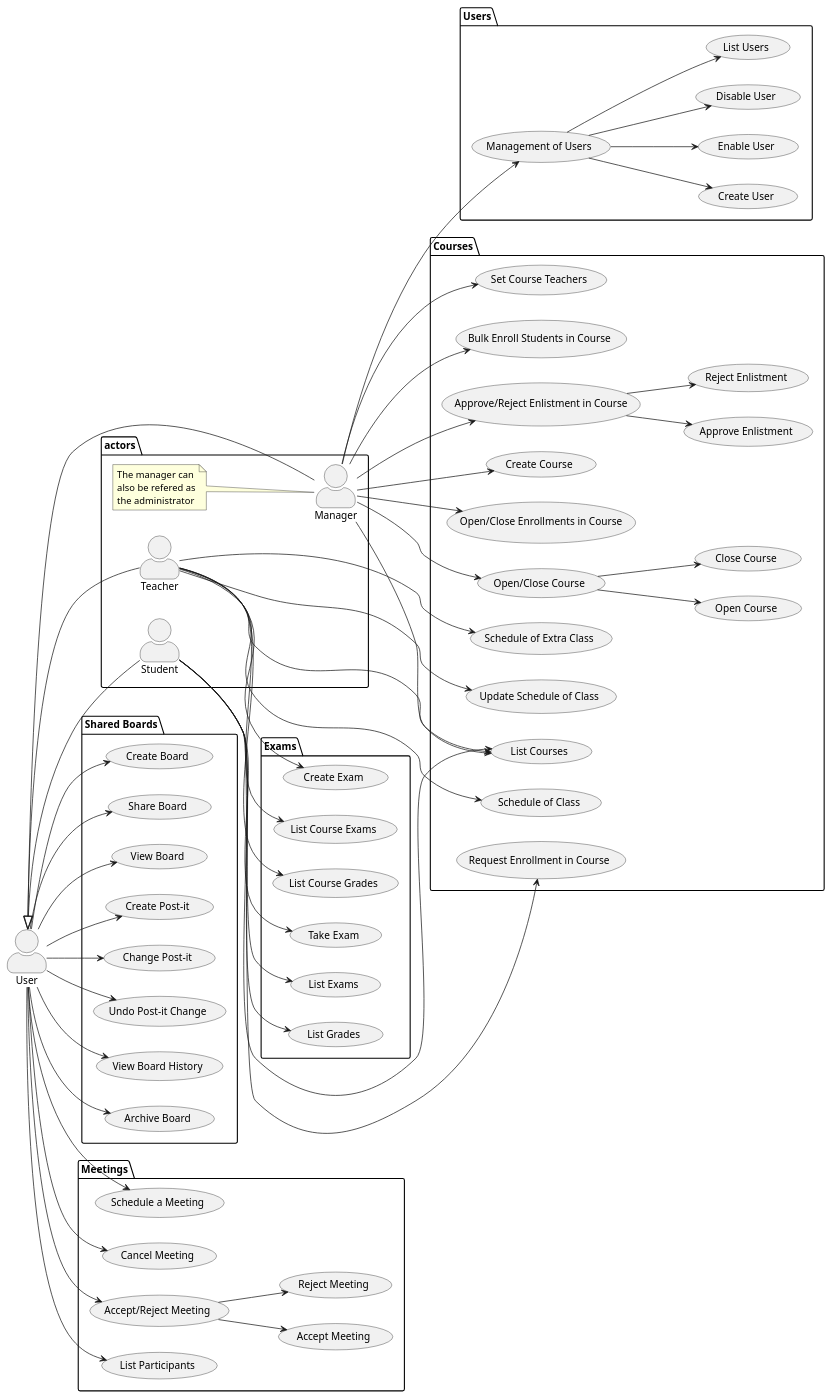
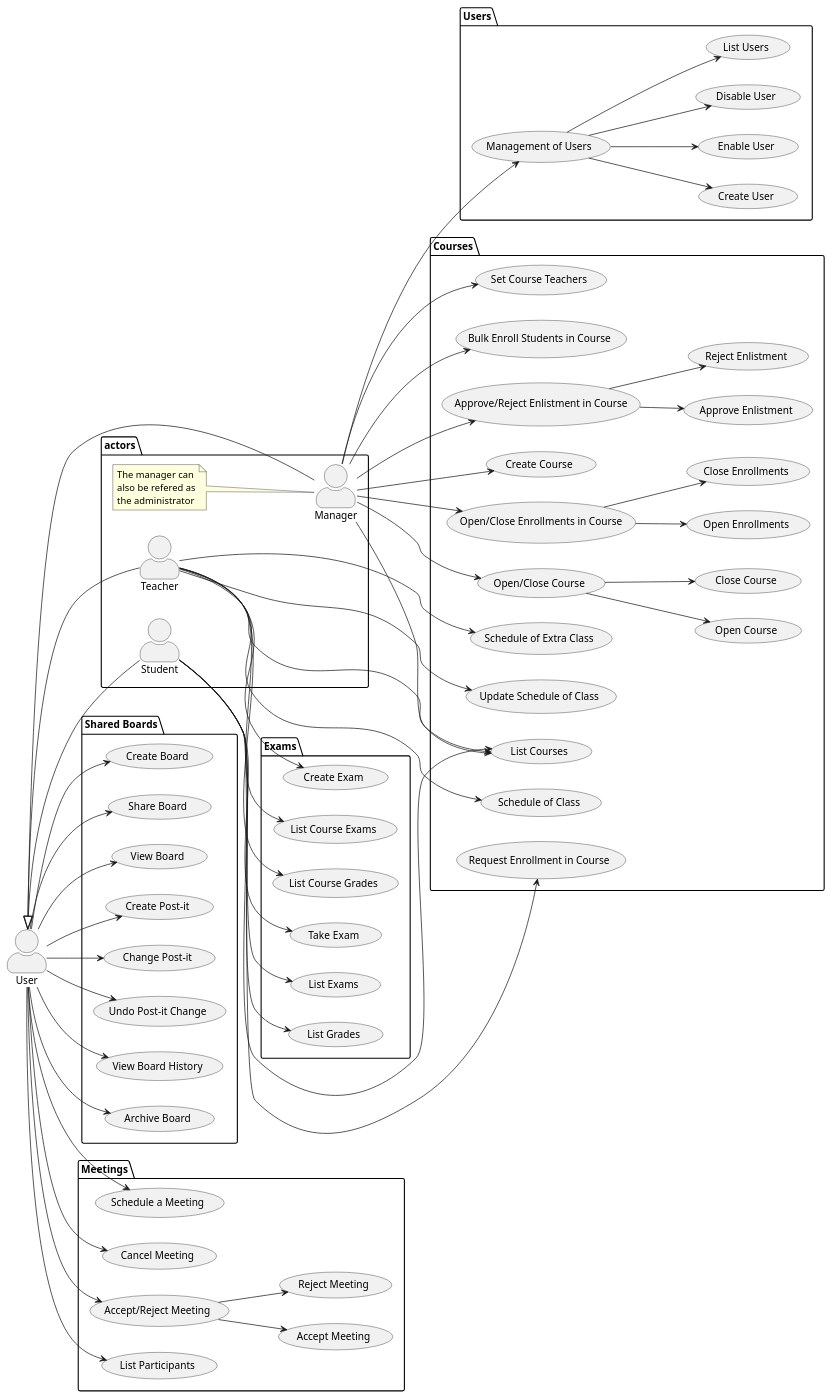
Before and after one commit to brunacosta03/sem4pi_22_23: the diagram in docs/UseCaseDiagram.puml, drawn with PlantUML.

Commit message:
docs(fix): Use Case Diagram missing UC's #2

```diff
--- a/docs/UseCaseDiagram.puml
+++ b/docs/UseCaseDiagram.puml
@@ -54,6 +54,12 @@
 usecase FRC02 as "Open/Close Enrollments in Course"
 
 man --> (FRC02)
+
+usecase FRC02.1 as "Open Enrollments"
+usecase FRC02.2 as "Close Enrollments"
+
+(FRC02) --> (FRC02.1)
+(FRC02) --> (FRC02.2)
 
 usecase FRC03 as "Open/Close Course"
 
```
